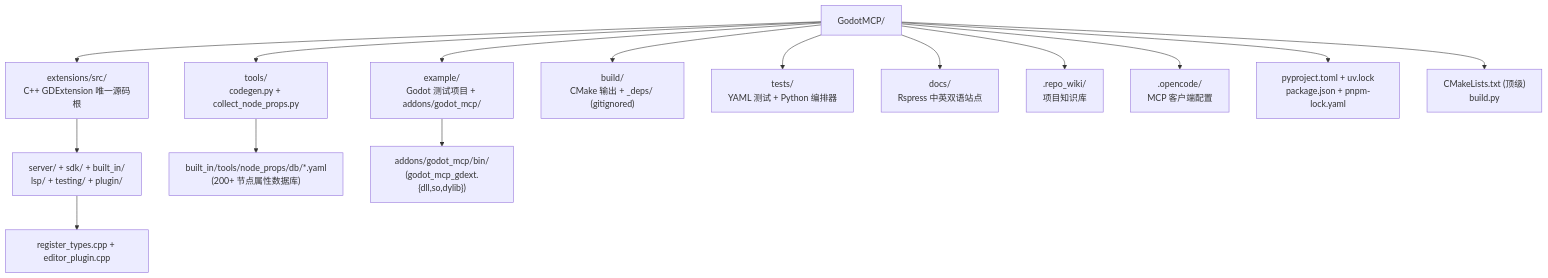
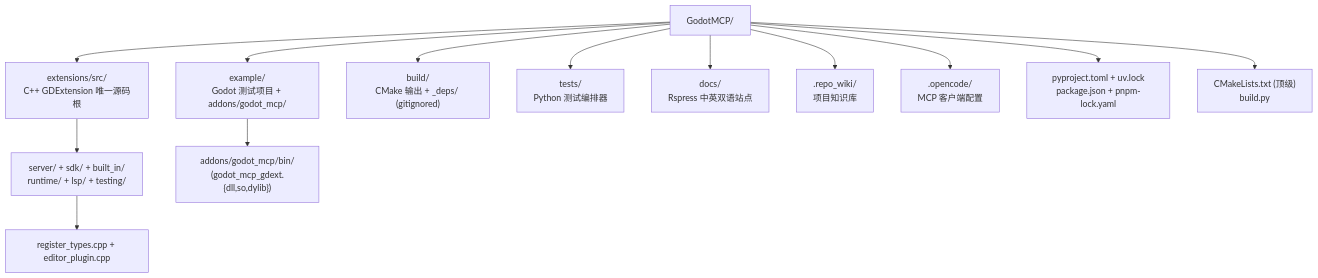
The first of 2 diagrams in .repo_wiki/specification/project-structure.md (jesspig/GodotMCP-GDExtension), drawn with Mermaid before and after one commit. The commit also changed other lines of this file and 33 other files, not shown here.

````diff
--- a/.repo_wiki/specification/project-structure.md
+++ b/.repo_wiki/specification/project-structure.md
@@ -5,18 +5,16 @@
 ```mermaid
 flowchart TB
     Root["GodotMCP/"]
     Root --> Src["extensions/src/<br/>C++ GDExtension 唯一源码根"]
-    Root --> Tools["tools/<br/>codegen.py + collect_node_props.py"]
     Root --> Example["example/<br/>Godot 测试项目 + addons/godot_mcp/"]
     Root --> Build["build/<br/>CMake 输出 + _deps/ (gitignored)"]
-    Root --> Tests["tests/<br/>YAML 测试 + Python 编排器"]
+    Root --> Tests["tests/<br/>Python 测试编排器"]
     Root --> Docs["docs/<br/>Rspress 中英双语站点"]
     Root --> Wiki[".repo_wiki/<br/>项目知识库"]
     Root --> Opencode[".opencode/<br/>MCP 客户端配置"]
     Root --> Pkg["pyproject.toml + uv.lock<br/>package.json + pnpm-lock.yaml"]
     Root --> Cfg["CMakeLists.txt (顶级)<br/>build.py"]
-    Src --> Cpp["server/ + sdk/ + built_in/<br/>lsp/ + testing/ + plugin/"]
+    Src --> Cpp["server/ + sdk/ + built_in/<br/>runtime/ + lsp/ + testing/"]
     Cpp --> Entry["register_types.cpp + editor_plugin.cpp"]
-    Tools --> Schemas["built_in/tools/node_props/db/*.yaml<br/>(200+ 节点属性数据库)"]
     Example --> Bin["addons/godot_mcp/bin/<br/>(godot_mcp_gdext.{dll,so,dylib})"]
 ```
````
